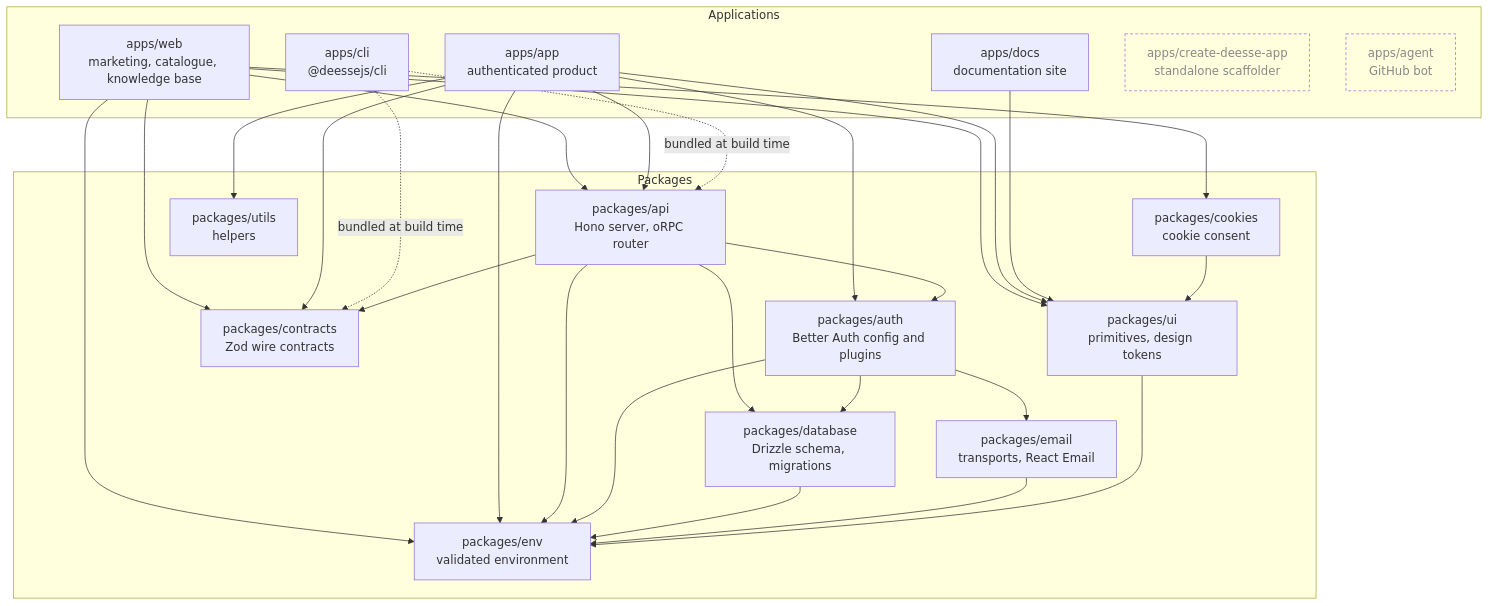
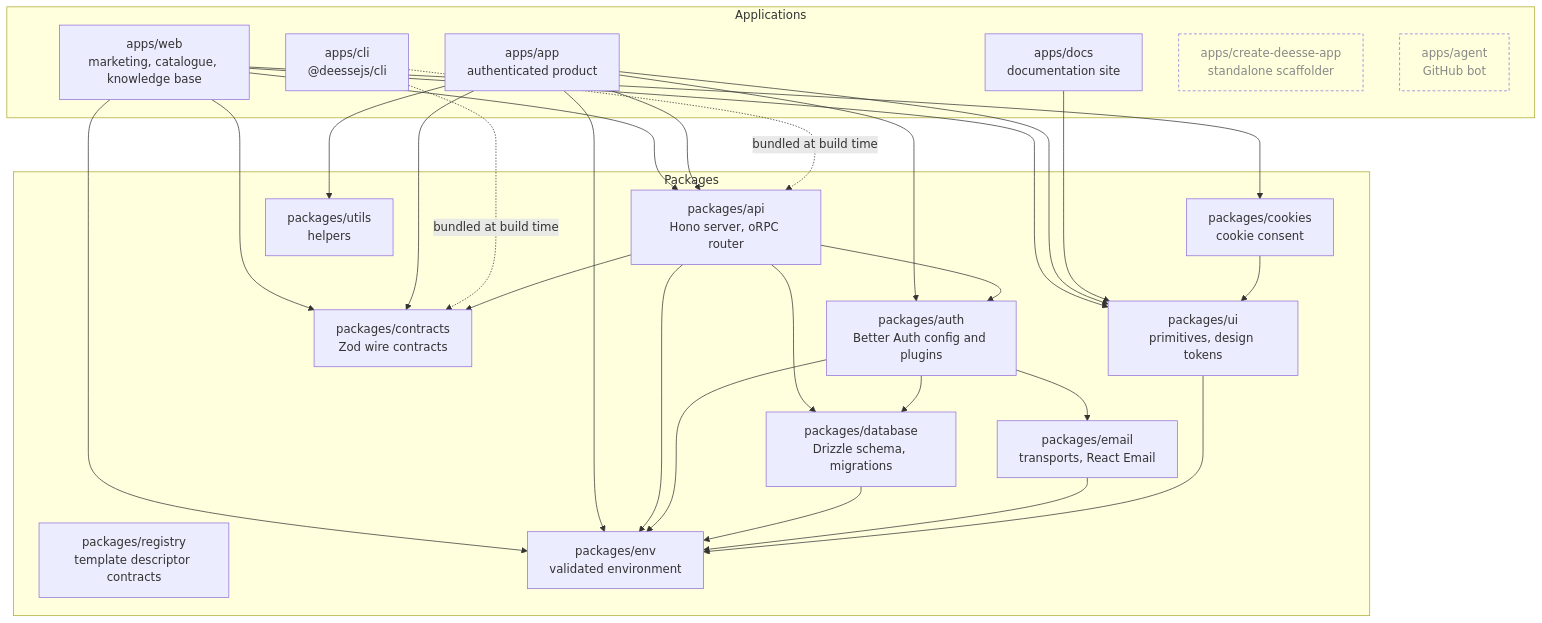
Before and after one commit to deessejs/deessejs: the diagram in WORKSPACES.md, drawn with Mermaid. The commit also changed other lines of this file and 11 other files, not shown here.

Commit message:
feat(registry): add template descriptor v1 contract

````diff
--- a/WORKSPACES.md
+++ b/WORKSPACES.md
@@ -9,58 +9,59 @@
 ```mermaid
 graph TD
   subgraph APP["Applications"]
     WEB["apps/web<br/>marketing, catalogue, knowledge base"]
     APPAPP["apps/app<br/>authenticated product"]
     DOCS["apps/docs<br/>documentation site"]
     CLI["apps/cli<br/>@deessejs/cli"]
     CDA["apps/create-deesse-app<br/>standalone scaffolder"]
     AGENT["apps/agent<br/>GitHub bot"]
   end
 
   subgraph PKG["Packages"]
     API["packages/api<br/>Hono server, oRPC router"]
     AUTH["packages/auth<br/>Better Auth config and plugins"]
     DB["packages/database<br/>Drizzle schema, migrations"]
     CONTRACTS["packages/contracts<br/>Zod wire contracts"]
+    REGISTRY["packages/registry<br/>template descriptor contracts"]
     EMAIL["packages/email<br/>transports, React Email"]
     UI["packages/ui<br/>primitives, design tokens"]
     ENV["packages/env<br/>validated environment"]
     COOKIES["packages/cookies<br/>cookie consent"]
     UTILS["packages/utils<br/>helpers"]
   end
 
   WEB --> API
   WEB --> CONTRACTS
   WEB --> ENV
   WEB --> UI
   WEB --> COOKIES
 
   APPAPP --> API
   APPAPP --> AUTH
   APPAPP --> CONTRACTS
   APPAPP --> ENV
   APPAPP --> UI
   APPAPP --> UTILS
 
   DOCS --> UI
 
   CLI -. "bundled at build time" .-> API
   CLI -. "bundled at build time" .-> CONTRACTS
 
   API --> AUTH
   API --> CONTRACTS
   API --> DB
   API --> ENV
 
   AUTH --> DB
   AUTH --> EMAIL
   AUTH --> ENV
 
   DB --> ENV
   EMAIL --> ENV
   UI --> ENV
   COOKIES --> UI
 
   classDef standalone fill:none,stroke-dasharray:4 3,stroke-width:1px,color:#888
   class CDA,AGENT standalone
 ```
````
